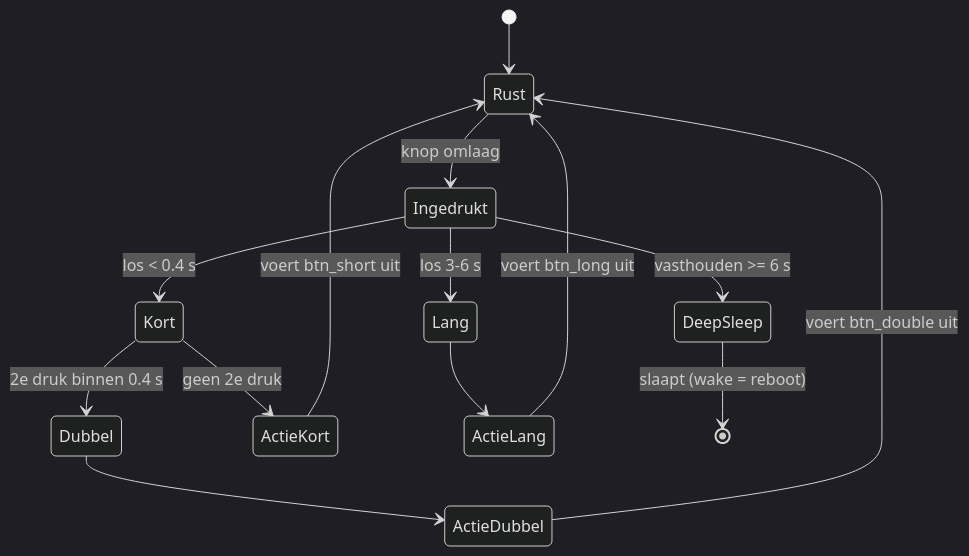
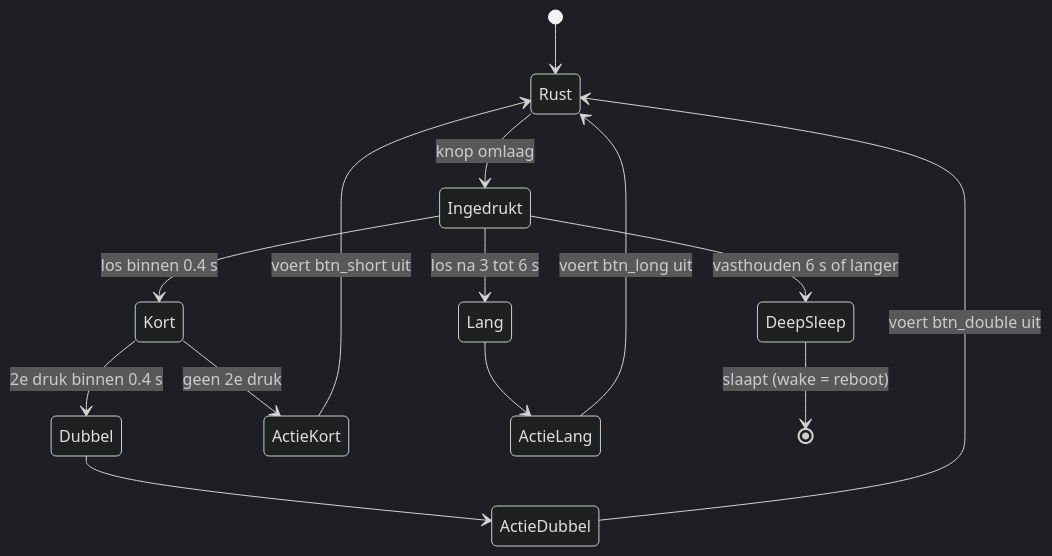
Before and after one commit to spiryns/UCD: the third of 5 diagrams in docs/software.md, drawn with Mermaid (dark theme). The commit also changed other lines of this file and 1 other file, not shown here.

First line of the commit message:
docs: mermaid-diagrammen render-veilig maken + app-README visueel

````diff
--- a/docs/software.md
+++ b/docs/software.md
@@ -74,16 +74,16 @@
 ```mermaid
 stateDiagram-v2
     [*] --> Rust
     Rust --> Ingedrukt: knop omlaag
-    Ingedrukt --> Kort: los < 0.4 s
-    Ingedrukt --> Lang: los 3-6 s
-    Ingedrukt --> DeepSleep: vasthouden >= 6 s
+    Ingedrukt --> Kort: los binnen 0.4 s
+    Ingedrukt --> Lang: los na 3 tot 6 s
+    Ingedrukt --> DeepSleep: vasthouden 6 s of langer
     Kort --> Dubbel: 2e druk binnen 0.4 s
     Kort --> ActieKort: geen 2e druk
     Dubbel --> ActieDubbel
     Lang --> ActieLang
     ActieKort --> Rust: voert btn_short uit
     ActieDubbel --> Rust: voert btn_double uit
     ActieLang --> Rust: voert btn_long uit
     DeepSleep --> [*]: slaapt (wake = reboot)
 ```
````
